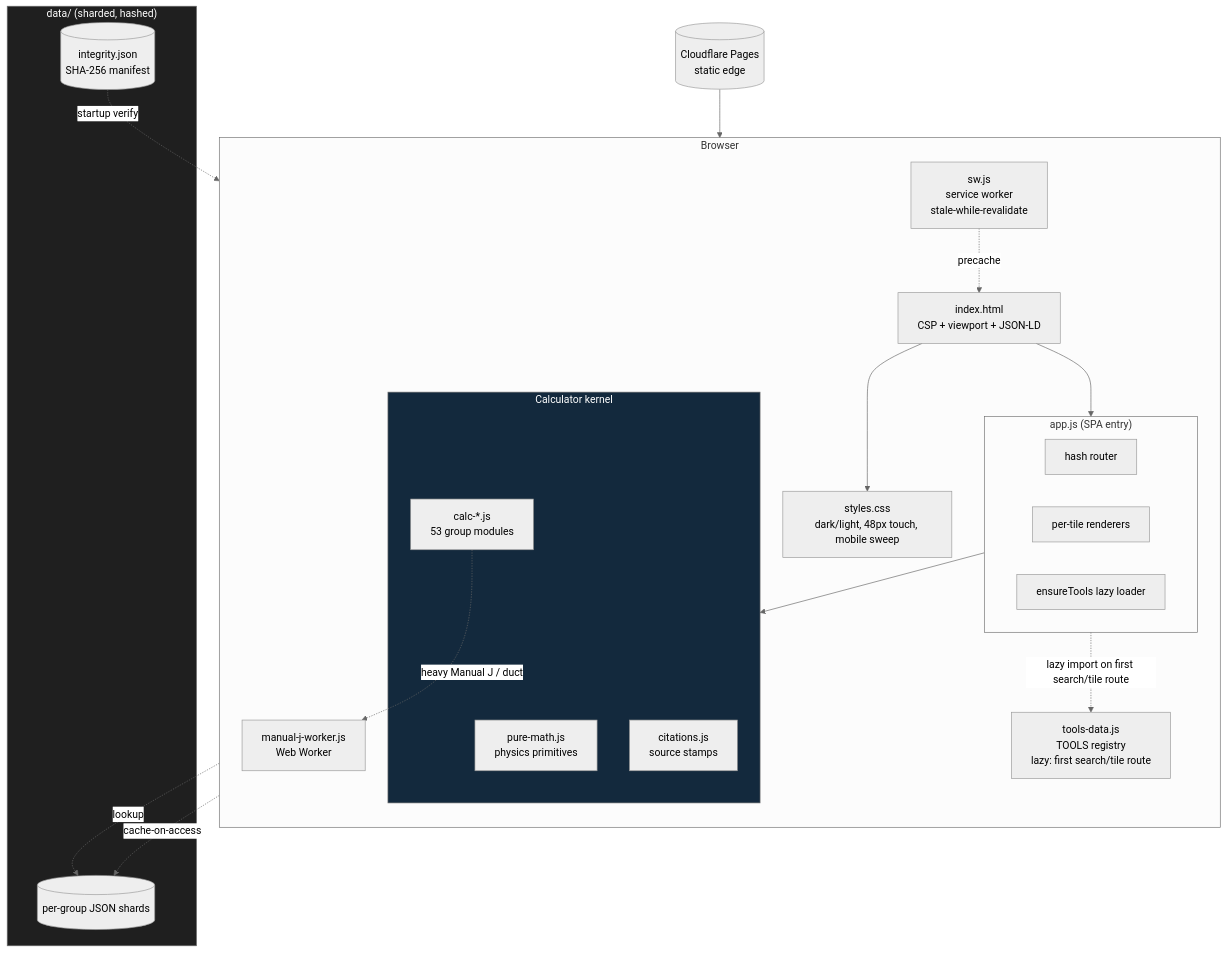
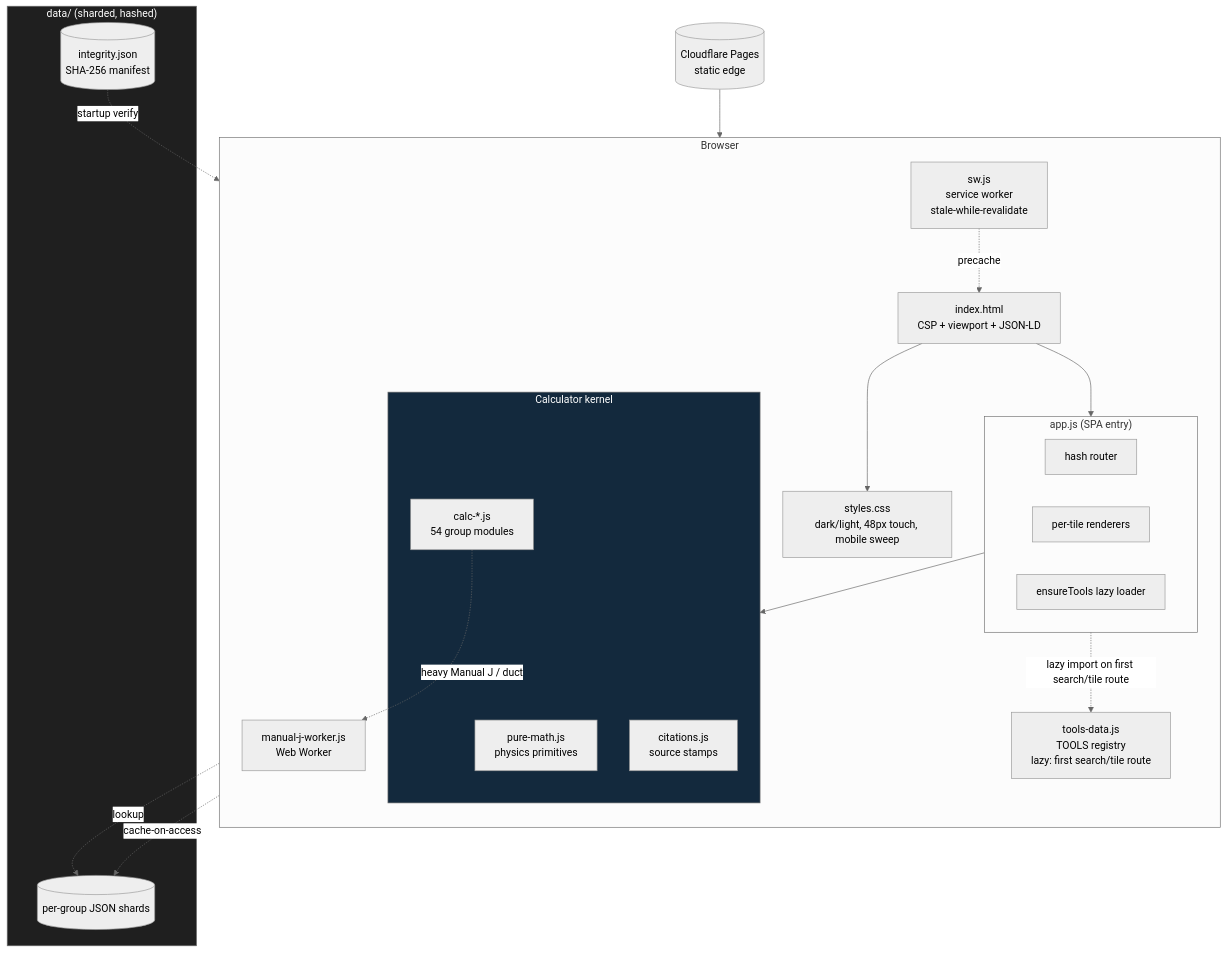
Before and after one commit to clay-good/roughlogic.com: the second of 8 diagrams in README.md, drawn with Mermaid (neutral theme). The commit also changed other lines of this file and 22 other files, not shown here.

````diff
--- a/README.md
+++ b/README.md
@@ -120,39 +120,39 @@
 ```mermaid
 flowchart TB
     subgraph Browser
         direction TB
         HTML[index.html\nCSP + viewport + JSON-LD]
         CSS[styles.css\ndark/light, 48px touch, mobile sweep]
         subgraph App["app.js (SPA entry)"]
             ROUTE[hash router]
             RENDER[per-tile renderers]
             ENSURE[ensureTools lazy loader]
         end
         TOOLS[tools-data.js\nTOOLS registry\nlazy: first search/tile route]
         subgraph Calc["Calculator kernel"]
             PM[pure-math.js\nphysics primitives]
-            CALC[calc-*.js\n53 group modules]
+            CALC[calc-*.js\n54 group modules]
             CIT[citations.js\nsource stamps]
         end
         SW[sw.js\nservice worker\nstale-while-revalidate]
         WORKER[manual-j-worker.js\nWeb Worker]
     end
     subgraph Data["data/ (sharded, hashed)"]
         SHARDS[(per-group JSON shards)]
         INTEG[(integrity.json\nSHA-256 manifest)]
     end
     CDN[(Cloudflare Pages\nstatic edge)]
 
     CDN --> HTML
     HTML --> CSS
     HTML --> App
     App -.lazy import on first search/tile route.-> TOOLS
     App --> Calc
     CALC -.->|heavy Manual J / duct| WORKER
     CALC -.->|lookup| SHARDS
     SW -.precache.-> HTML
     SW -.cache-on-access.-> SHARDS
     INTEG -.startup verify.-> App
     style Calc fill:#13293d,color:#fff
     style Data fill:#1f1f1f,color:#fff
 ```
````
